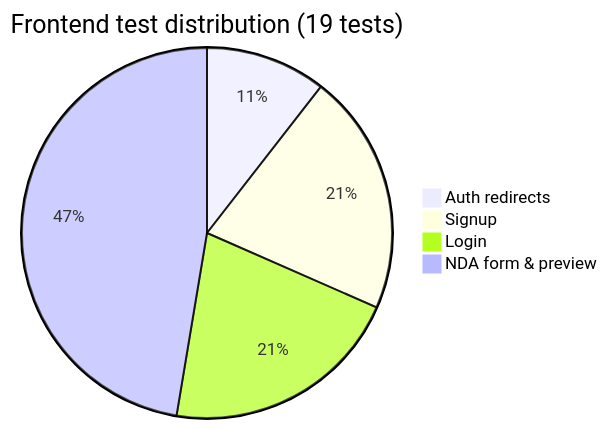
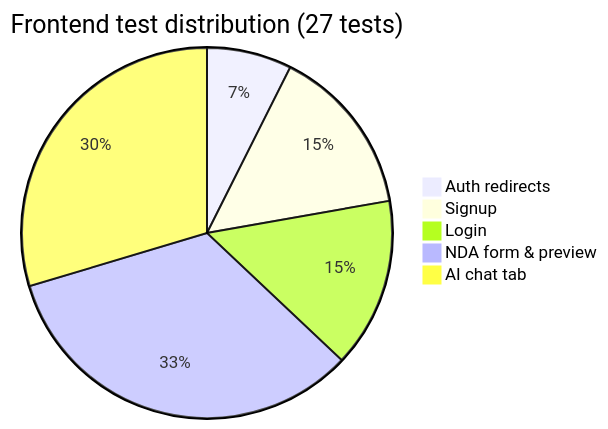
The third of 6 diagrams in docs/test-coverage-report.md (shaynemeyer/prelegal), drawn with Mermaid before and after one commit. The commit also changed other lines of this file and 14 other files, not shown here.

First line of the commit message:
feat(PL-5): add AI chat tab for Mutual NDA drafting (#6)

````diff
--- a/docs/test-coverage-report.md
+++ b/docs/test-coverage-report.md
@@ -78,7 +84,8 @@
 ```mermaid
-pie title Frontend test distribution (19 tests)
+pie title Frontend test distribution (27 tests)
     "Auth redirects" : 2
     "Signup" : 4
     "Login" : 4
     "NDA form & preview" : 9
+    "AI chat tab" : 8
 ```
````
